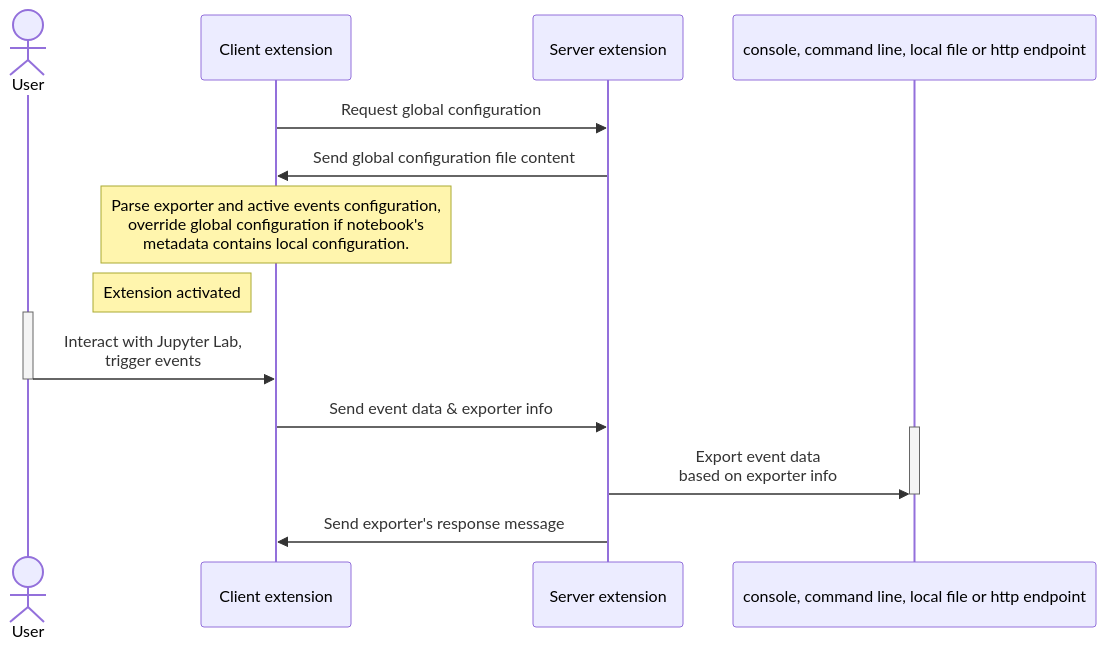
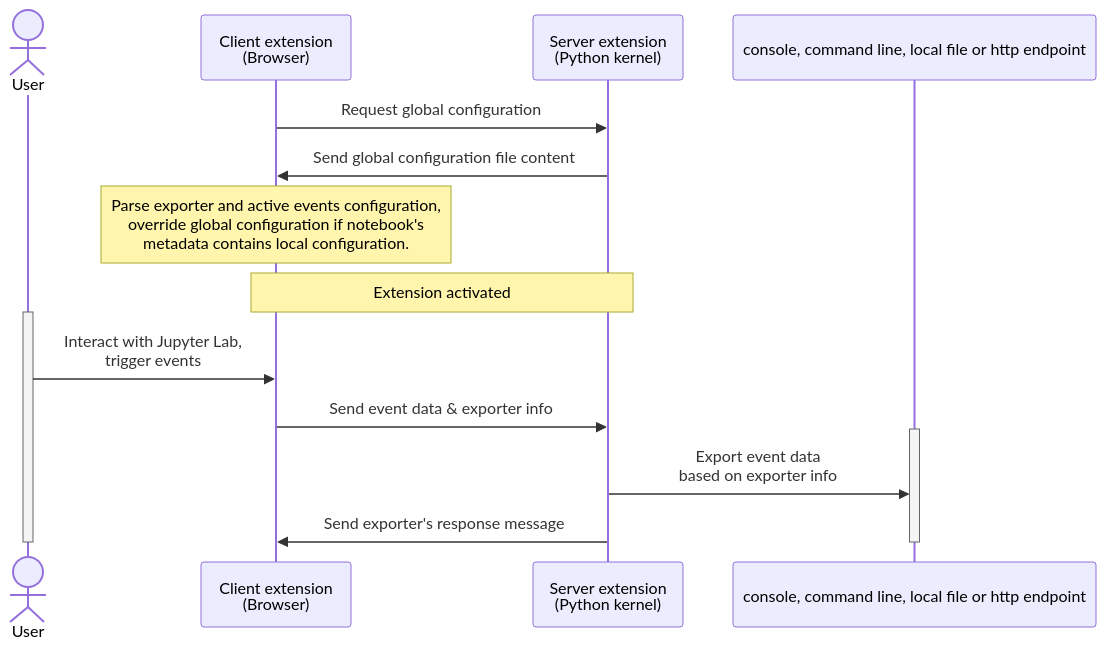
The diagram in docs/architecture.rst (educational-technology-collective/jupyterlab-pioneer), drawn with Mermaid before and after one commit.

Commit message:
fix: adjustments #28 #8

```diff
--- a/docs/architecture.rst
+++ b/docs/architecture.rst
@@ -4,21 +4,21 @@
 .. mermaid::
     :zoom:
     
     sequenceDiagram
       actor U as User
-      participant C as Client extension
-      participant S as Server extension
+      participant C as Client extension <br> (Browser)
+      participant S as Server extension <br> (Python kernel)
       participant E as console, command line, local file or http endpoint
 
       C->>S: Request global configuration
       S->>C: Send global configuration file content
       Note over C: Parse exporter and active events configuration, <br> override global configuration if notebook's <br> metadata contains local configuration.
-      Note left of C: Extension activated
+      Note over C, S: Extension activated
       activate U
       U->>C: Interact with Jupyter Lab, <br> trigger events
-      deactivate U
       C->>S: Send event data & exporter info
       activate E
       S->>E: Export event data <br> based on exporter info
+      S->>C: Send exporter's response message
+      deactivate U
       deactivate E
-      S->>C: Send exporter's response message
```
